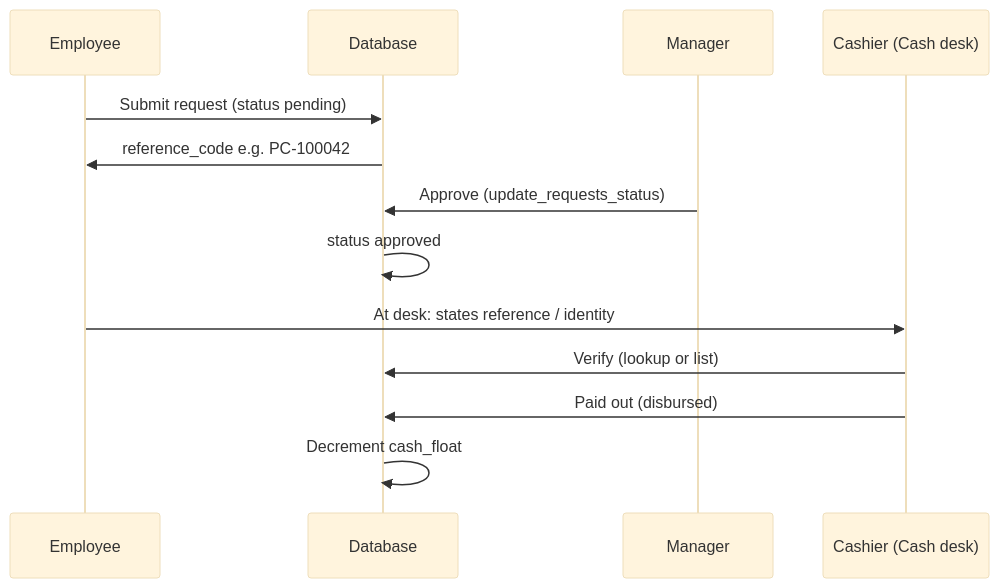
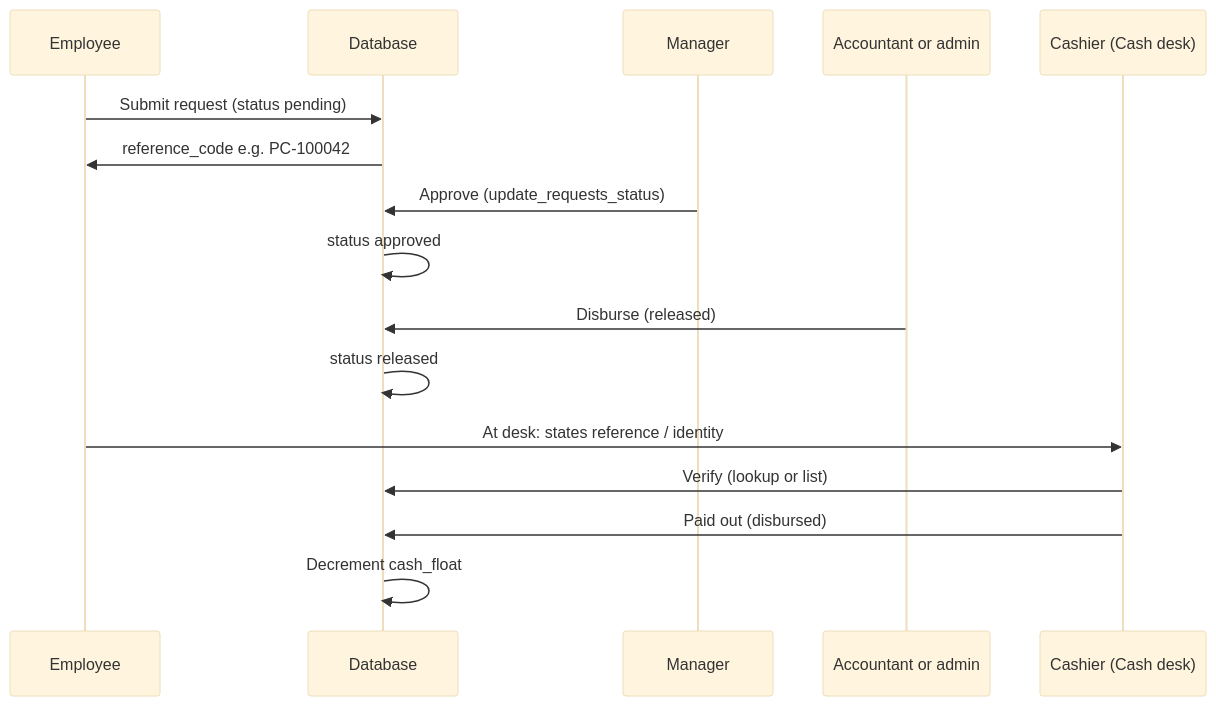
The third of 3 diagrams in docs/HND-DEFENSE-TECHNICAL-DOCUMENTATION.md (Diamondhanson/petitcashbook), drawn with Mermaid (base theme) before and after one commit. The commit also changed other lines of this file and 26 other files, not shown here.

````diff
--- a/docs/HND-DEFENSE-TECHNICAL-DOCUMENTATION.md
+++ b/docs/HND-DEFENSE-TECHNICAL-DOCUMENTATION.md
@@ -172,16 +177,19 @@
 ```mermaid
 sequenceDiagram
   participant E as Employee
   participant DB as Database
   participant M as Manager
+  participant A as Accountant or admin
   participant C as Cashier (Cash desk)
 
   E->>DB: Submit request (status pending)
   DB->>E: reference_code e.g. PC-100042
   M->>DB: Approve (update_requests_status)
   DB->>DB: status approved
+  A->>DB: Disburse (released)
+  DB->>DB: status released
   E->>C: At desk: states reference / identity
   C->>DB: Verify (lookup or list)
   C->>DB: Paid out (disbursed)
   DB->>DB: Decrement cash_float
 ```
````
